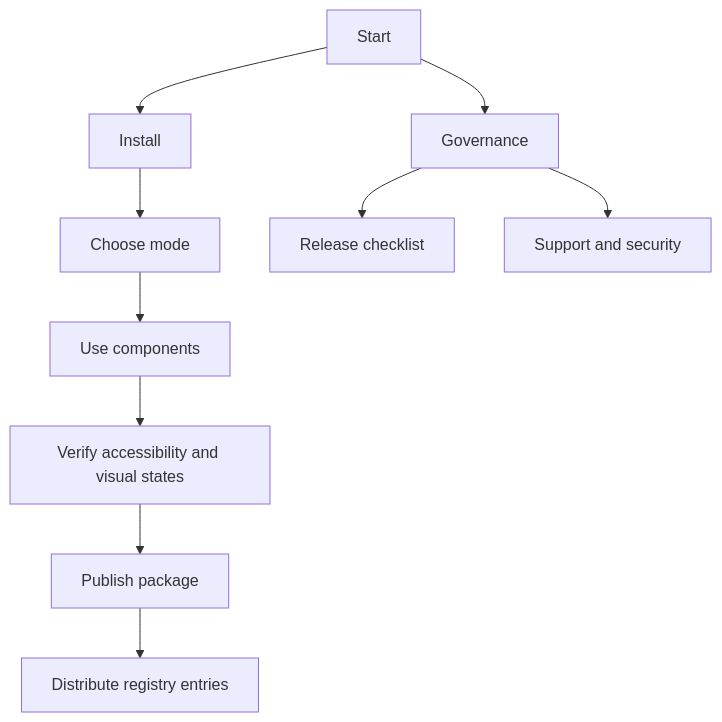
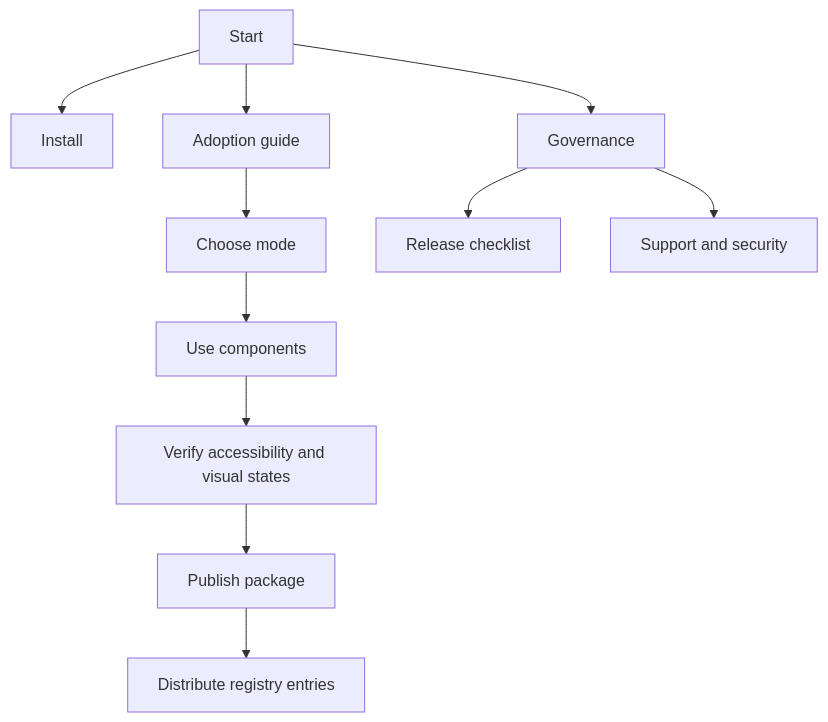
The diagram in docs/index.md (clean99/liquid-glass), drawn with Mermaid before and after one commit. The commit also changed other lines of this file and 5 other files, not shown here.

Commit message:
Add adoption decision guide

````diff
--- a/docs/index.md
+++ b/docs/index.md
@@ -23,13 +23,14 @@
 ```mermaid
 flowchart TD
   A["Start"] --> B["Install"]
-  B --> C["Choose mode"]
-  C --> D["Use components"]
-  D --> E["Verify accessibility and visual states"]
-  E --> F["Publish package"]
-  F --> G["Distribute registry entries"]
+  A --> C["Adoption guide"]
+  C --> D["Choose mode"]
+  D --> E["Use components"]
+  E --> F["Verify accessibility and visual states"]
+  F --> G["Publish package"]
+  G --> K["Distribute registry entries"]
 
   A --> H["Governance"]
   H --> I["Release checklist"]
   H --> J["Support and security"]
 ```
````
